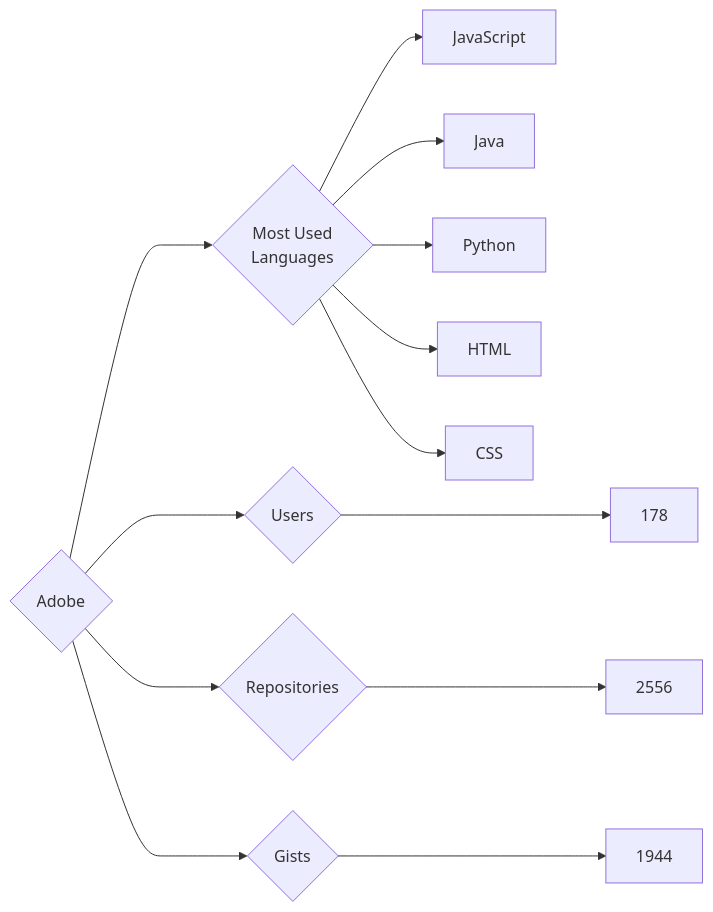
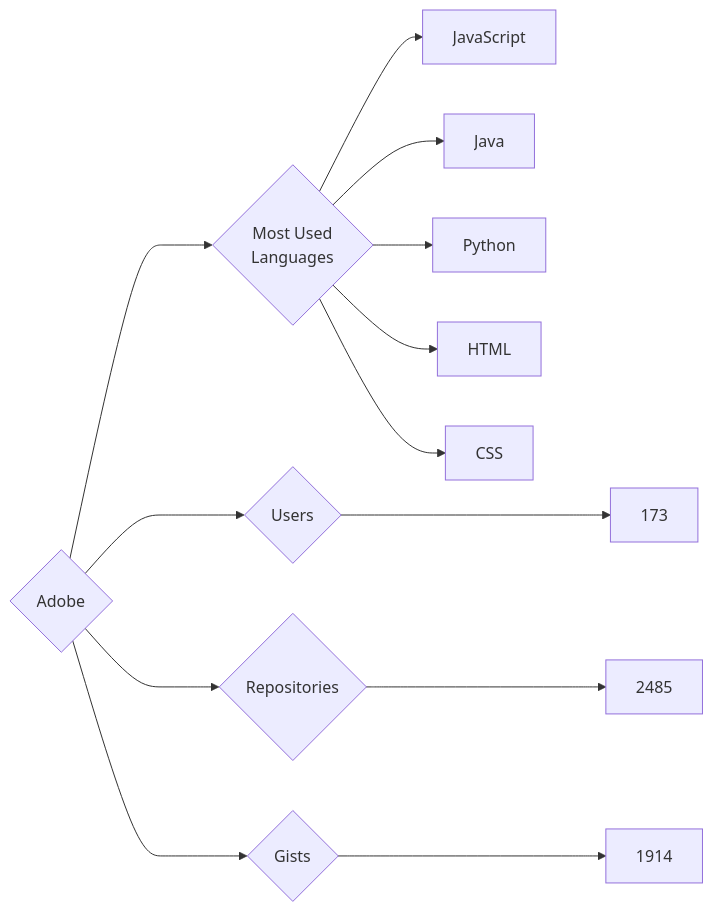
Before and after one commit to trickest/insiders: the diagram in targets/Adobe/README.md, drawn with Mermaid. The commit also changed 640 other files, not shown here.

````diff
--- a/targets/Adobe/README.md
+++ b/targets/Adobe/README.md
@@ -3,13 +3,13 @@
 ```mermaid
 graph LR
 COMPANY_NAME{Adobe}
-COMPANY_NAME ---> U{Users} ---> UN[178]
-COMPANY_NAME ---> R{Repositories} ---> RN[2556]
-COMPANY_NAME ---> G{Gists} ---> GN[1944]
+COMPANY_NAME ---> U{Users} ---> UN[173]
+COMPANY_NAME ---> R{Repositories} ---> RN[2485]
+COMPANY_NAME ---> G{Gists} ---> GN[1914]
 COMPANY_NAME ---> ML{Most Used<br>Languages}
 ML --> JavaScript[JavaScript]
 ML --> Java[Java]
 ML --> Python[Python]
 ML --> HTML[HTML]
 ML --> CSS[CSS]
 ```
````
